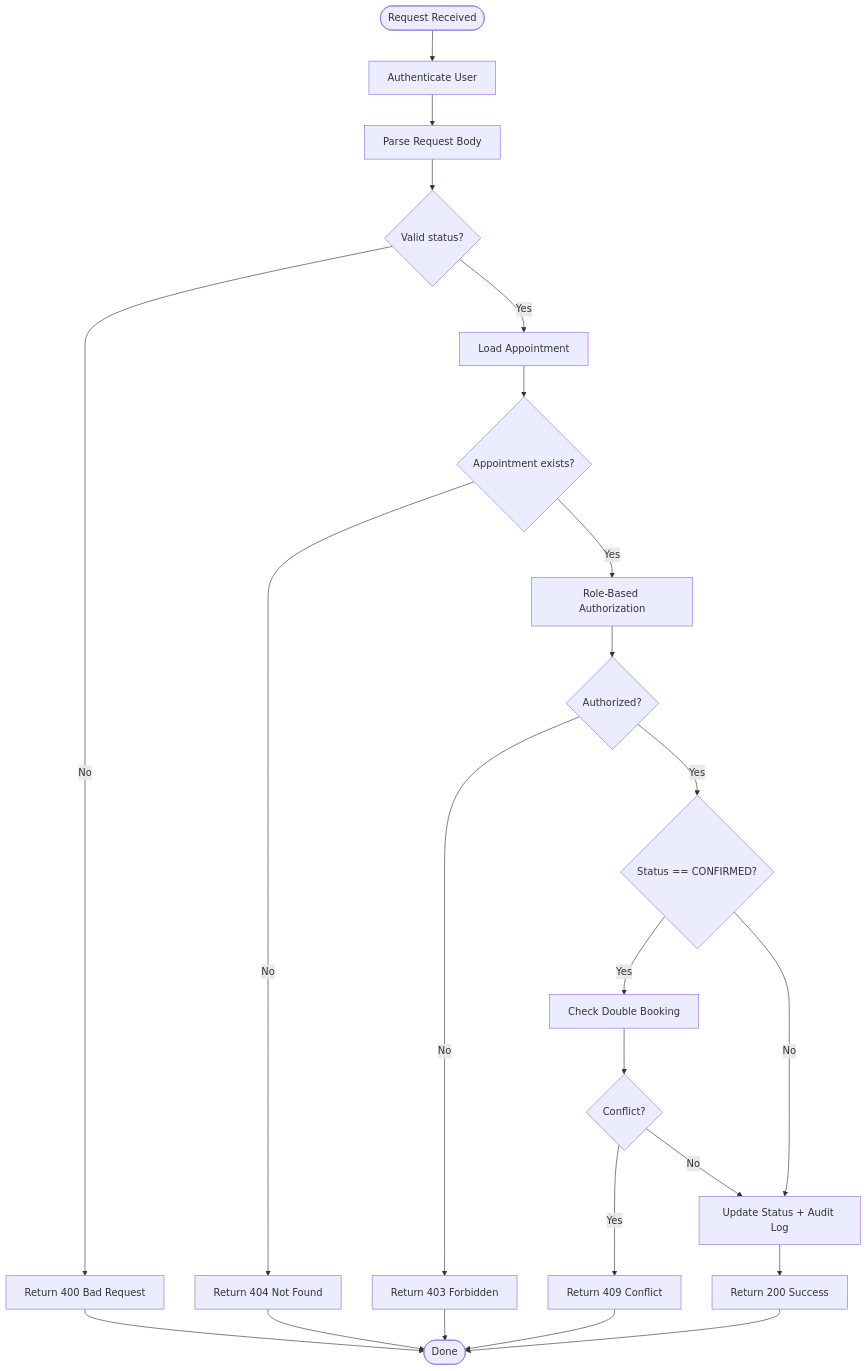
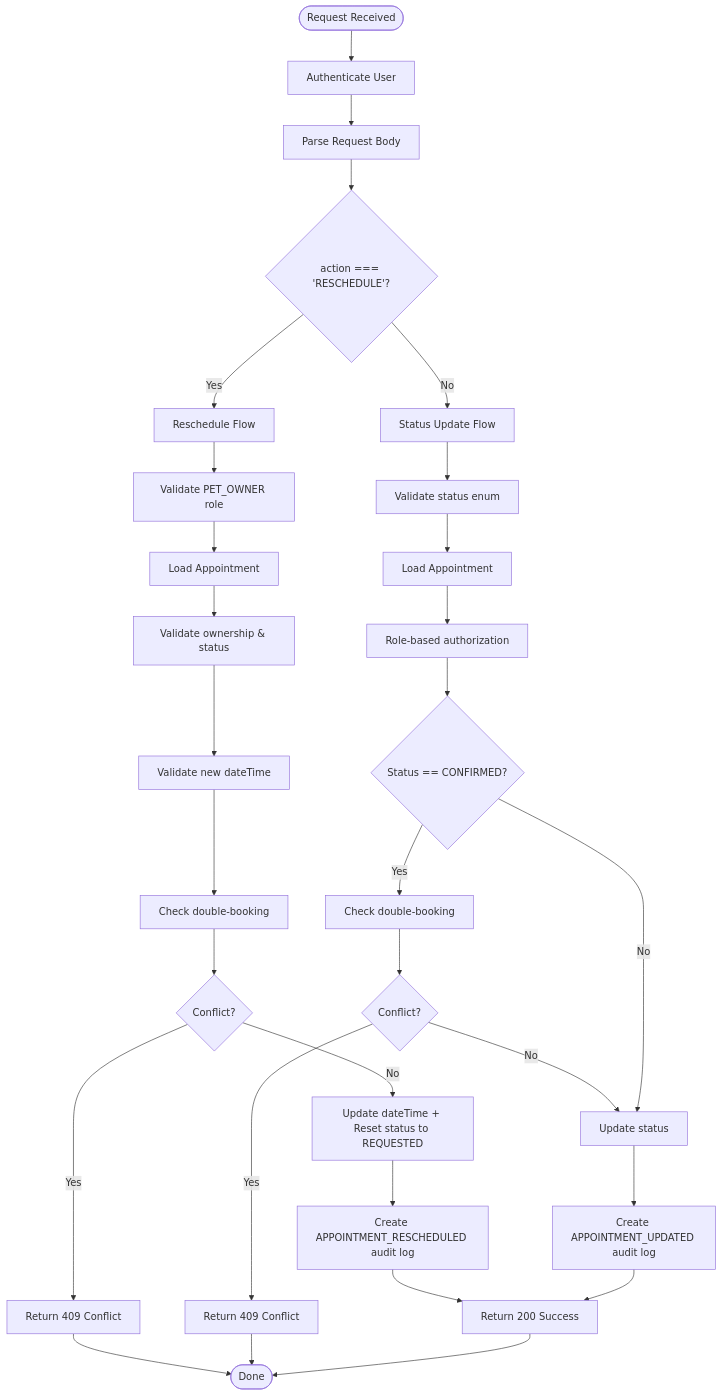
The third of 4 diagrams in .qoder/repowiki/en/content/API Reference/Appointment Scheduling API/Appointment Management API.md (Javeria-Javaid/ai-powered-pet-healthcare-ecosystem), drawn with Mermaid before and after one commit. The commit also changed other lines of this file and 38 other files, not shown here.

````diff
--- a/.qoder/repowiki/en/content/API Reference/Appointment Scheduling API/Appointment Management API.md
+++ b/.qoder/repowiki/en/content/API Reference/Appointment Scheduling API/Appointment Management API.md
@@ -168,25 +203,32 @@
 ```mermaid
 flowchart TD
 Start(["Request Received"]) --> Auth["Authenticate User"]
 Auth --> Parse["Parse Request Body"]
-Parse --> Validate{"Valid status?"}
-Validate --> |No| Err400["Return 400 Bad Request"]
-Validate --> |Yes| Load["Load Appointment"]
-Load --> Found{"Appointment exists?"}
-Found --> |No| Err404["Return 404 Not Found"]
-Found --> |Yes| RoleCheck["Role-Based Authorization"]
-RoleCheck --> Allowed{"Authorized?"}
-Allowed --> |No| Err403["Return 403 Forbidden"]
-Allowed --> |Yes| ConfirmCheck{"Status == CONFIRMED?"}
-ConfirmCheck --> |Yes| Conflict["Check Double Booking"]
-Conflict --> HasConflict{"Conflict?"}
+Parse --> ActionCheck{"action === 'RESCHEDULE'?"}
+ActionCheck --> |Yes| RescheduleFlow["Reschedule Flow"]
+ActionCheck --> |No| StatusFlow["Status Update Flow"]
+RescheduleFlow --> RoleCheck["Validate PET_OWNER role"]
+RoleCheck --> LoadAppt["Load Appointment"]
+LoadAppt --> OwnershipCheck["Validate ownership & status"]
+OwnershipCheck --> DateTimeValidation["Validate new dateTime"]
+DateTimeValidation --> ConflictCheck["Check double-booking"]
+ConflictCheck --> HasConflict{"Conflict?"}
 HasConflict --> |Yes| Err409["Return 409 Conflict"]
-HasConflict --> |No| Update["Update Status + Audit Log"]
-ConfirmCheck --> |No| Update
-Update --> Success["Return 200 Success"]
-Err400 --> End(["Done"])
-Err403 --> End
-Err404 --> End
-Err409 --> End
+HasConflict --> |No| UpdateAppt["Update dateTime + Reset status to REQUESTED"]
+UpdateAppt --> AuditLog["Create APPOINTMENT_RESCHEDULED audit log"]
+AuditLog --> Success["Return 200 Success"]
+StatusFlow --> ValidateStatus["Validate status enum"]
+ValidateStatus --> LoadAppt2["Load Appointment"]
+LoadAppt2 --> RoleAuth["Role-based authorization"]
+RoleAuth --> ConfirmedCheck{"Status == CONFIRMED?"}
+ConfirmedCheck --> |Yes| DoubleBooking["Check double-booking"]
+DoubleBooking --> Conflict2{"Conflict?"}
+Conflict2 --> |Yes| Err409_2["Return 409 Conflict"]
+Conflict2 --> |No| UpdateStatus["Update status"]
+ConfirmedCheck --> |No| UpdateStatus
+UpdateStatus --> AuditLog2["Create APPOINTMENT_UPDATED audit log"]
+AuditLog2 --> Success
+Err409 --> End(["Done"])
+Err409_2 --> End
 Success --> End
 ```
````
